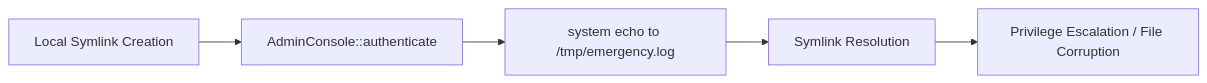
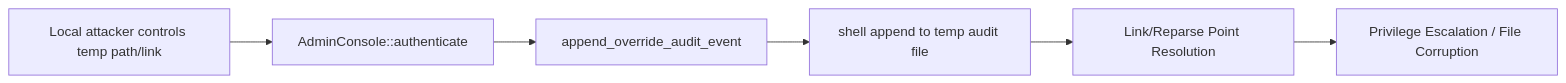
One commit to DaWasteh/SuperCalc-Sicherheitsbenchmark changed diagram 13 of 20 in enhanced_exploits.md. Above: the diagram before and after it, drawn with Mermaid. The commit also changed other lines of this file and 31 other files, not shown here.

````diff
--- a/enhanced_exploits.md
+++ b/enhanced_exploits.md
@@ -337,7 +342,8 @@
 ```mermaid
 flowchart LR
-  A[Local Symlink Creation] --> B[AdminConsole::authenticate]
-  B --> C[system echo to /tmp/emergency.log]
-  C --> D[Symlink Resolution]
-  D --> E[Privilege Escalation / File Corruption]
+  A[Local attacker controls temp path/link] --> B[AdminConsole::authenticate]
+  B --> C[append_override_audit_event]
+  C --> D[shell append to temp audit file]
+  D --> E[Link/Reparse Point Resolution]
+  E --> F[Privilege Escalation / File Corruption]
 ```
````
